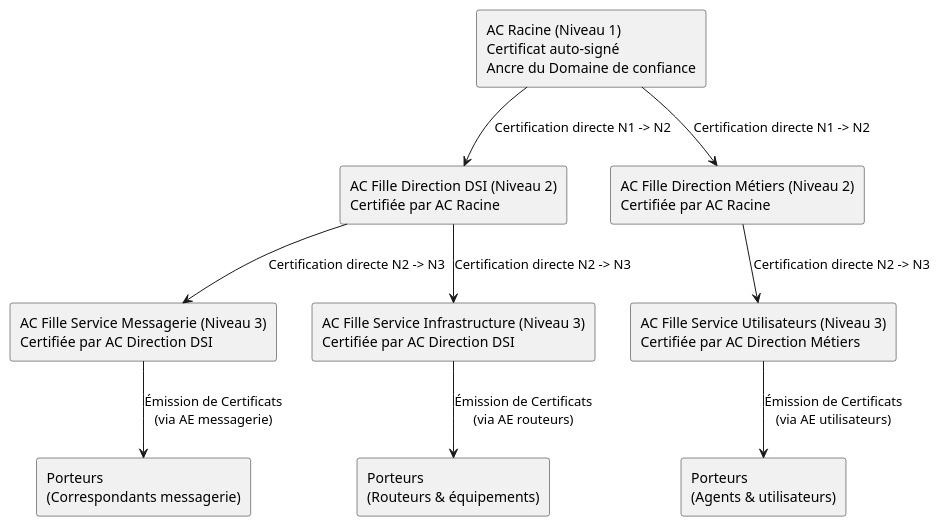
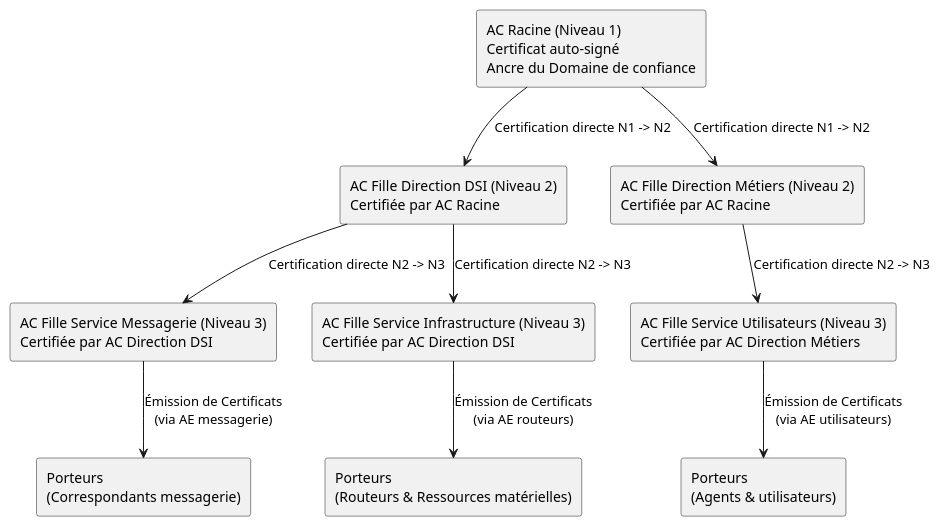
One commit to PouletTendre/Projet_TR_STRI changed the diagram in docs/diagrams/03-hierarchie-ac.puml. Above: the diagram before and after it, drawn with PlantUML. The commit also changed 17 other files, not shown here.

```diff
--- a/docs/diagrams/03-hierarchie-ac.puml
+++ b/docs/diagrams/03-hierarchie-ac.puml
@@ -1,28 +1,28 @@
 @startuml
 top to bottom direction
 skinparam shadowing false
 
 rectangle "AC Racine (Niveau 1)\nCertificat auto-signé\nAncre du Domaine de confiance" as AC_N1
 
 rectangle "AC Fille Direction DSI (Niveau 2)\nCertifiée par AC Racine" as AC_N2_DSI
 rectangle "AC Fille Direction Métiers (Niveau 2)\nCertifiée par AC Racine" as AC_N2_MET
 
 rectangle "AC Fille Service Messagerie (Niveau 3)\nCertifiée par AC Direction DSI" as AC_N3_MSG
 rectangle "AC Fille Service Infrastructure (Niveau 3)\nCertifiée par AC Direction DSI" as AC_N3_INFRA
 rectangle "AC Fille Service Utilisateurs (Niveau 3)\nCertifiée par AC Direction Métiers" as AC_N3_USR
 
 rectangle "Porteurs\n(Correspondants messagerie)" as P_MSG
-rectangle "Porteurs\n(Routeurs & équipements)" as P_INFRA
+rectangle "Porteurs\n(Routeurs & Ressources matérielles)" as P_INFRA
 rectangle "Porteurs\n(Agents & utilisateurs)" as P_USR
 
 AC_N1 --> AC_N2_DSI : Certification directe N1 -> N2
 AC_N1 --> AC_N2_MET : Certification directe N1 -> N2
 
 AC_N2_DSI --> AC_N3_MSG : Certification directe N2 -> N3
 AC_N2_DSI --> AC_N3_INFRA : Certification directe N2 -> N3
 AC_N2_MET --> AC_N3_USR : Certification directe N2 -> N3
 
 AC_N3_MSG --> P_MSG : Émission de Certificats\n(via AE messagerie)
 AC_N3_INFRA --> P_INFRA : Émission de Certificats\n(via AE routeurs)
 AC_N3_USR --> P_USR : Émission de Certificats\n(via AE utilisateurs)
 @enduml
```
